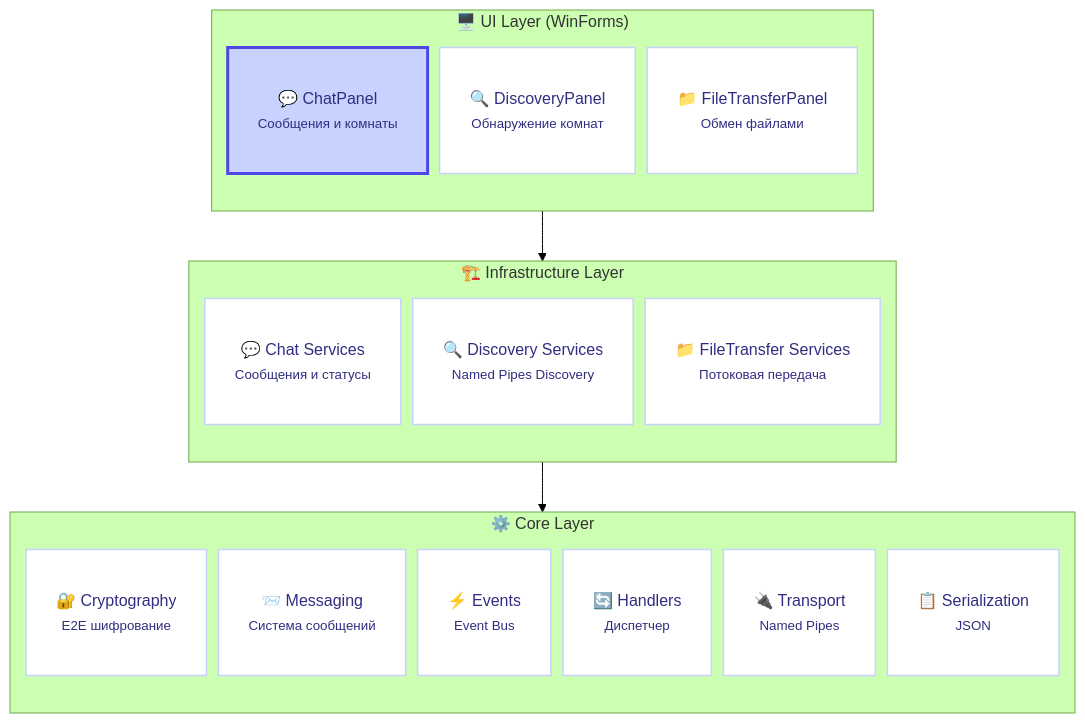
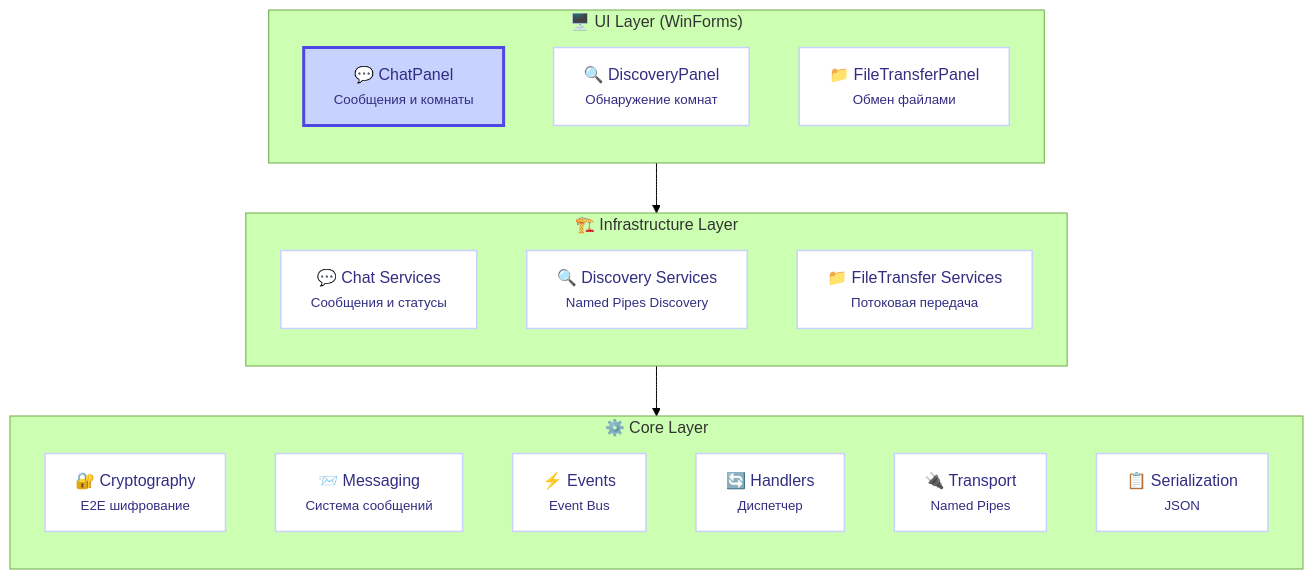
One commit to CasCadeVR/MIN changed the first of 3 diagrams in README.md. Above: the diagram before and after it, drawn with Mermaid (forest theme).

````diff
--- a/README.md
+++ b/README.md
@@ -46,42 +46,41 @@
 ```mermaid
 flowchart TB
-    %%{init: {'flowchart': {'nodeSpacing': 12}}}%%
     classDef uiLayer fill:#dbeafe,stroke:#3b82f6,stroke-width:2px,color:#1e40af
     classDef infraLayer fill:#e0e7ff,stroke:#4f46e5,stroke-width:2px,color:#3730a3
     classDef coreLayer fill:#ede9fe,stroke:#7c3aed,stroke-width:2px,color:#5b21b6
-    classDef component fill:#ffffff,stroke:#c7d2fe,stroke-width:1.5px,color:#312e81,padding:28px
-    classDef highlight fill:#c7d2fe,stroke:#4f46e5,stroke-width:3px,color:#312e81,padding:28px
+    classDef component fill:#ffffff,stroke:#c7d2fe,stroke-width:1.5px,color:#312e81
+    classDef highlight fill:#c7d2fe,stroke:#4f46e5,stroke-width:3px,color:#312e81
     
     subgraph UI["🖥️ UI Layer (WinForms)"]
         direction TB
         A["💬 ChatPanel<br><small>Сообщения и комнаты</small>"]
         B["🔍 DiscoveryPanel<br><small>Обнаружение комнат</small>"]
         C["📁 FileTransferPanel<br><small>Обмен файлами</small>"]
     end
     
     subgraph INF["🏗️ Infrastructure Layer"]
         direction TB
         D["💬 Chat Services<br><small>Сообщения и статусы</small>"]
         E["🔍 Discovery Services<br><small>Named Pipes Discovery</small>"]
         F["📁 FileTransfer Services<br><small>Потоковая передача</small>"]
     end
     
     subgraph CORE["⚙️ Core Layer"]
         direction TB
         G["🔐 Cryptography<br><small>E2E шифрование</small>"]
         H["📨 Messaging<br><small>Система сообщений</small>"]
         I["⚡ Events<br><small>Event Bus</small>"]
         J["🔄 Handlers<br><small>Диспетчер</small>"]
         K["🔌 Transport<br><small>Named Pipes</small>"]
         L["📋 Serialization<br><small>JSON</small>"]
     end
     
     class A highlight;
     class B,C,D,E,F,G,H,I,J,K,L component
     class UI uiLayer;
     class INF infraLayer;
     class CORE coreLayer
     
     UI --> INF
     INF --> CORE
 ```
````
